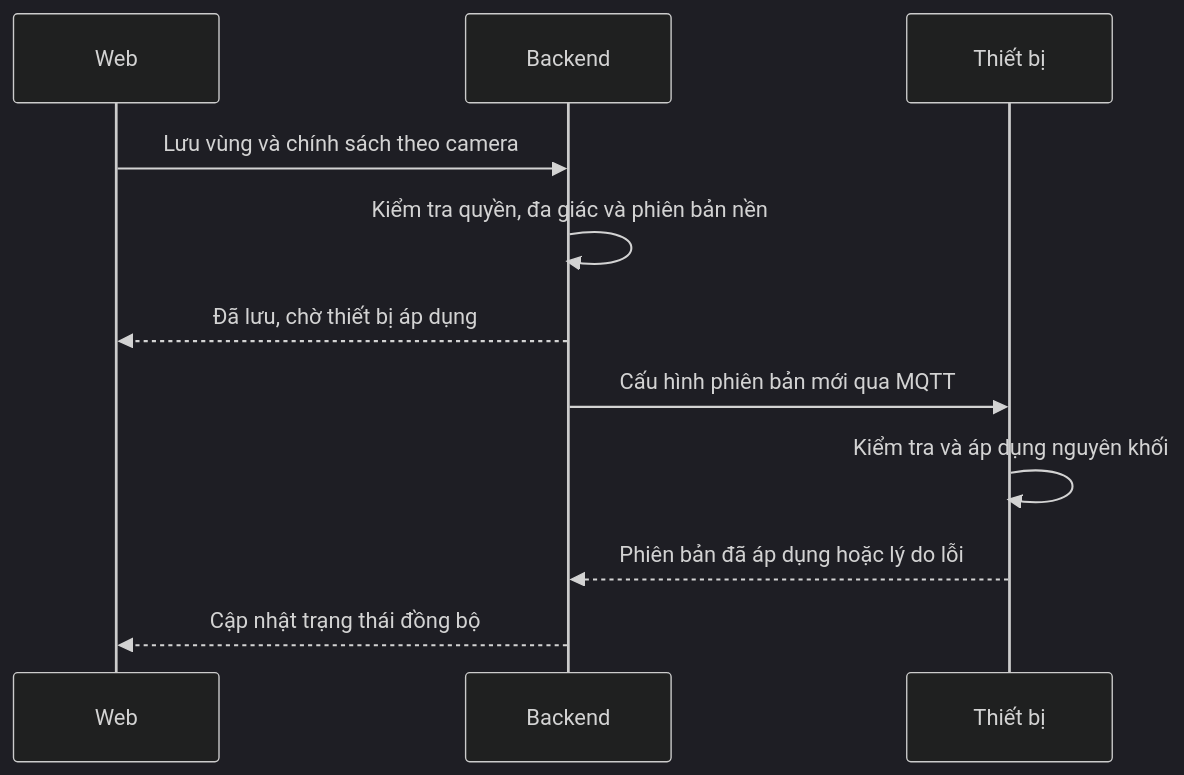
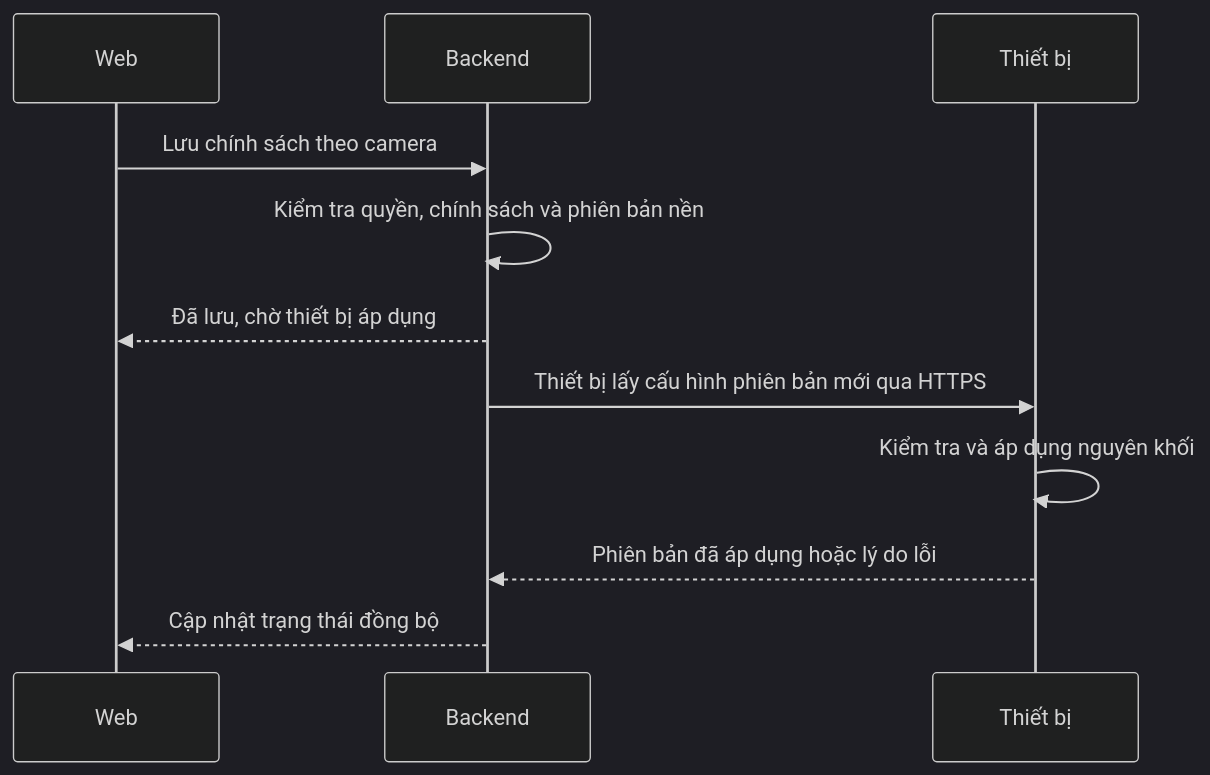
One commit to locngodev6205/Fall-Detect-AIoT-System changed the second of 2 diagrams in docs/ARCHITECTURE.md. Above: the diagram before and after it, drawn with Mermaid (dark theme). The commit also changed other lines of this file and 54 other files, not shown here.

````diff
--- a/docs/ARCHITECTURE.md
+++ b/docs/ARCHITECTURE.md
@@ -157,13 +162,13 @@
 ```mermaid
 sequenceDiagram
     participant W as Web
     participant B as Backend
     participant D as Thiết bị
-    W->>B: Lưu vùng và chính sách theo camera
-    B->>B: Kiểm tra quyền, đa giác và phiên bản nền
+    W->>B: Lưu chính sách theo camera
+    B->>B: Kiểm tra quyền, chính sách và phiên bản nền
     B-->>W: Đã lưu, chờ thiết bị áp dụng
-    B->>D: Cấu hình phiên bản mới qua MQTT
+    B->>D: Thiết bị lấy cấu hình phiên bản mới qua HTTPS
     D->>D: Kiểm tra và áp dụng nguyên khối
     D-->>B: Phiên bản đã áp dụng hoặc lý do lỗi
     B-->>W: Cập nhật trạng thái đồng bộ
 ```
````
